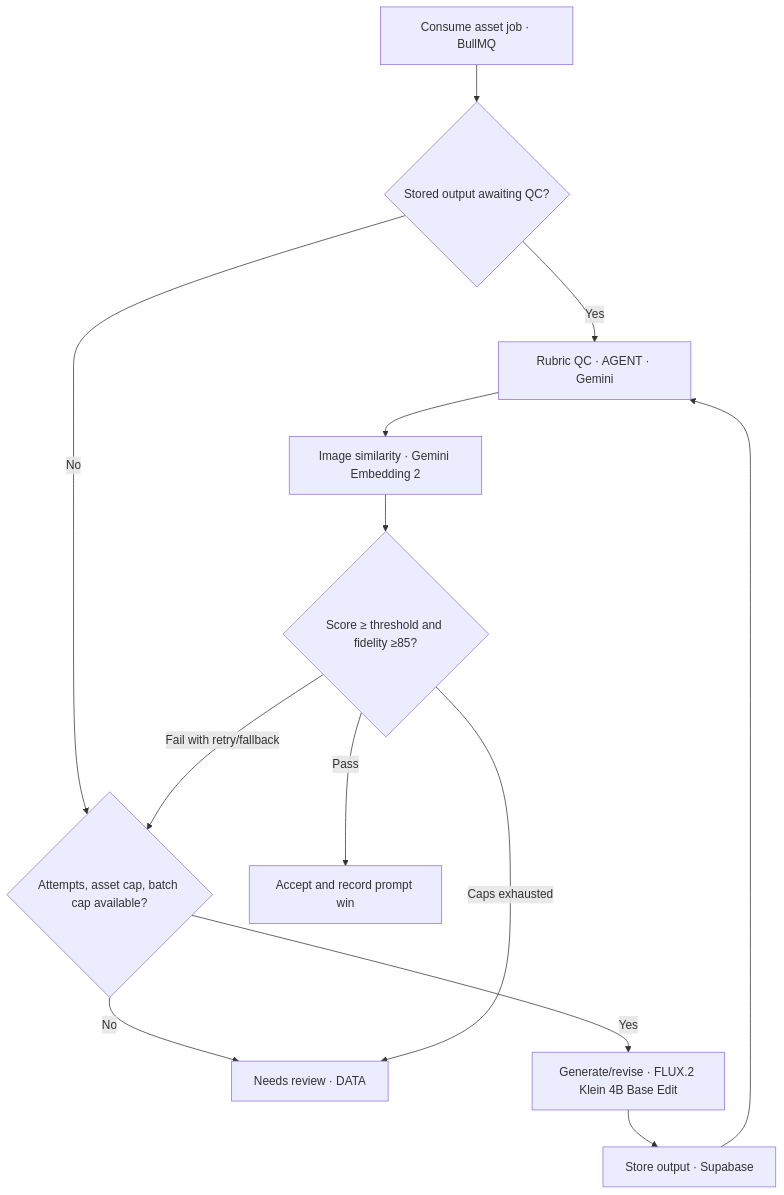
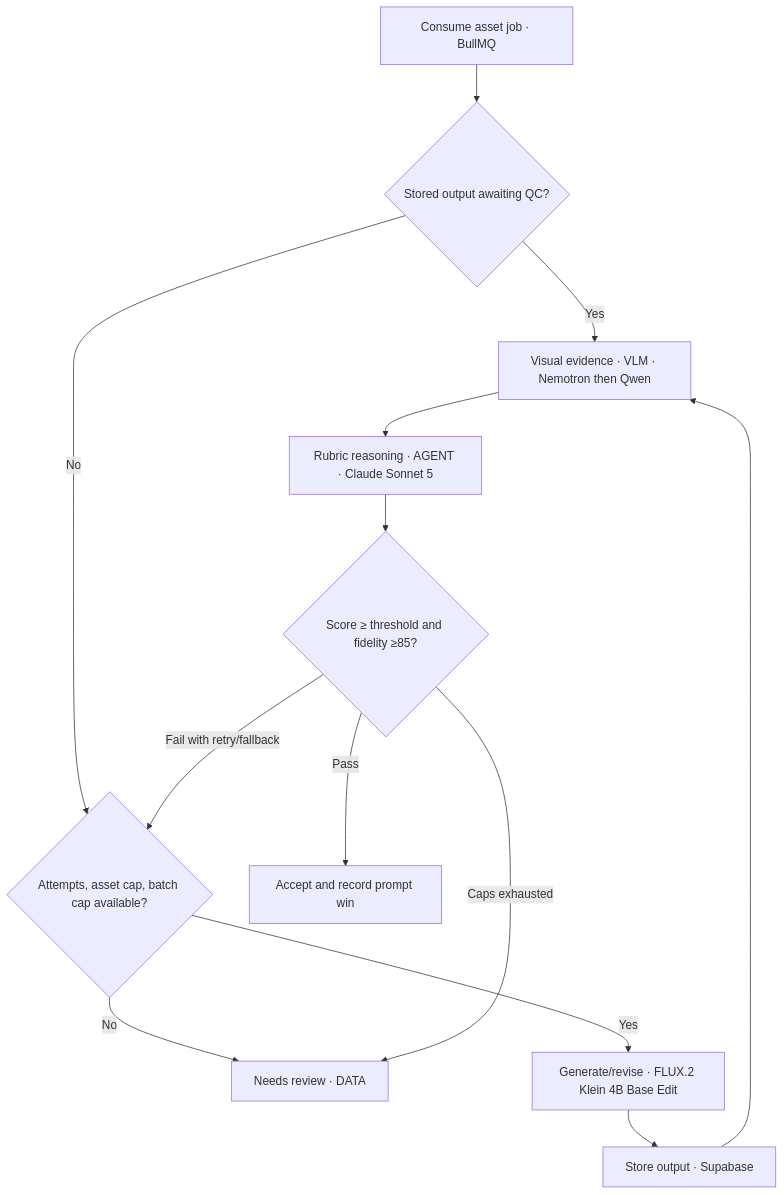
The third of 3 diagrams in docs/ARCHITECTURE_FLOW.md (APareek89/creative-qc-agent), drawn with Mermaid before and after one commit. The commit also changed other lines of this file and 31 other files, not shown here.

Commit message:
feat: replace Gemini with Claude and fal VLM QC

````diff
--- a/docs/ARCHITECTURE_FLOW.md
+++ b/docs/ARCHITECTURE_FLOW.md
@@ -41,15 +41,15 @@
 ```mermaid
 flowchart TD
   A["Consume asset job · BullMQ"] --> B{"Stored output awaiting QC?"}
-  B -->|"Yes"| F["Rubric QC · AGENT · Gemini"]
+  B -->|"Yes"| F["Visual evidence · VLM · Nemotron then Qwen"]
   B -->|"No"| C{"Attempts, asset cap, batch cap available?"}
   C -->|"No"| J["Needs review · DATA"]
   C -->|"Yes"| D["Generate/revise · FLUX.2 Klein 4B Base Edit"]
   D --> E["Store output · Supabase"]
   E --> F
-  F --> G["Image similarity · Gemini Embedding 2"]
+  F --> G["Rubric reasoning · AGENT · Claude Sonnet 5"]
   G --> H{"Score ≥ threshold and fidelity ≥85?"}
   H -->|"Pass"| I["Accept and record prompt win"]
   H -->|"Fail with retry/fallback"| C
   H -->|"Caps exhausted"| J
 ```
````
